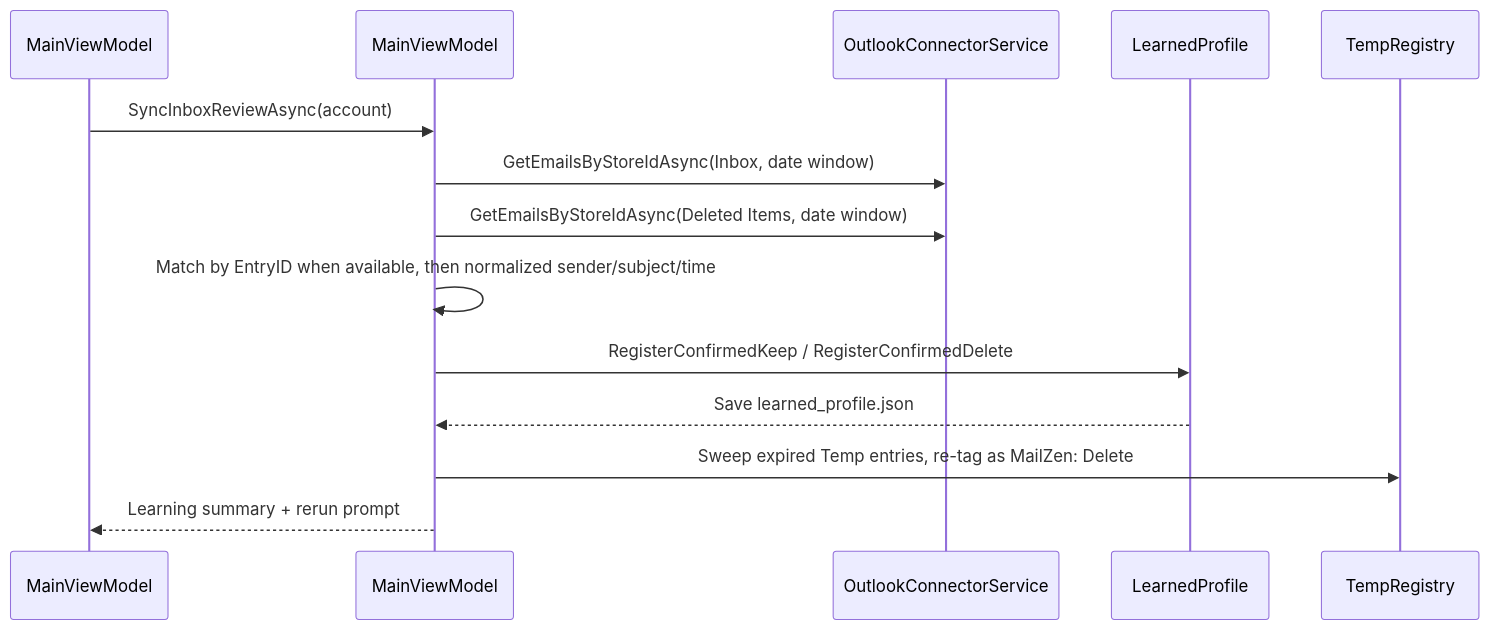
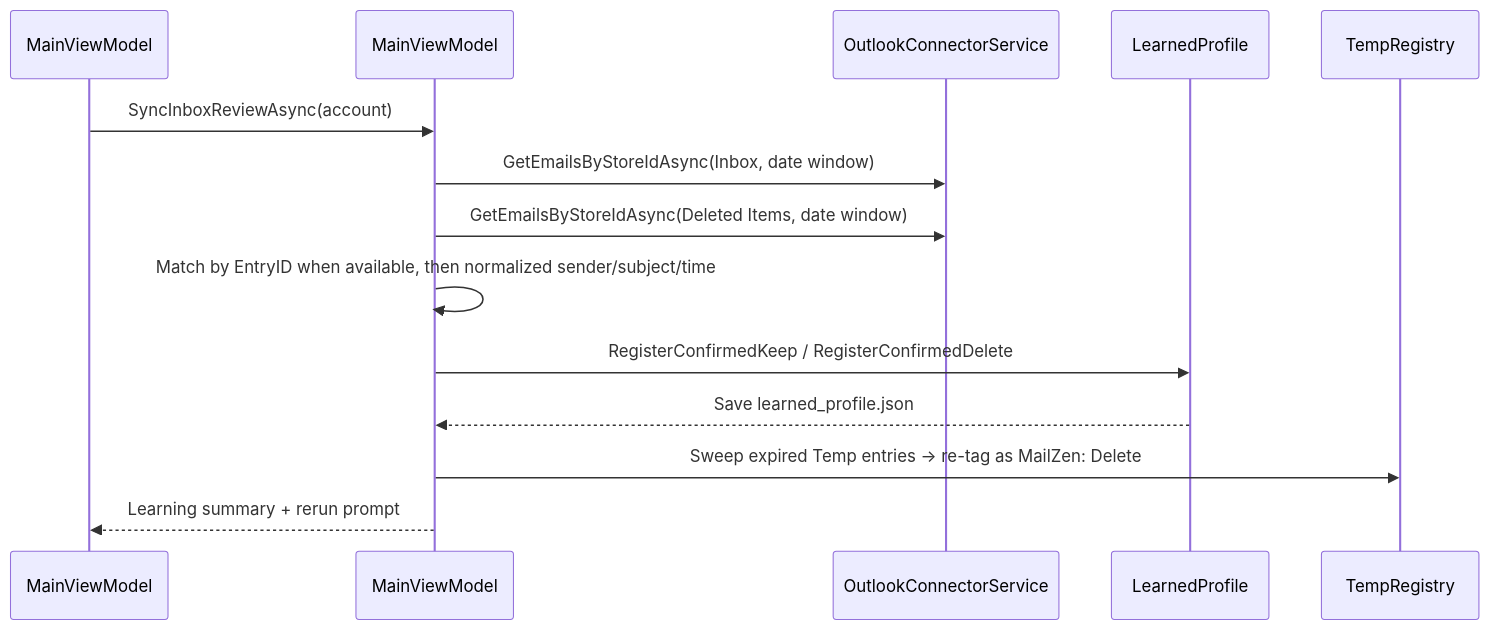
One commit to kbdarius/MailZen changed the fifth of 6 diagrams in Docs/MailZen_Architecture_and_User_Manual.md. Above: the diagram before and after it, drawn with Mermaid. The commit also changed other lines of this file and 45 other files, not shown here.

Commit message:
Release MailZen 2.0.8 application and installer

````diff
--- a/Docs/MailZen_Architecture_and_User_Manual.md
+++ b/Docs/MailZen_Architecture_and_User_Manual.md
@@ -190,16 +213,16 @@
 ```mermaid
 sequenceDiagram
     participant UI as MainViewModel
     participant VM as MainViewModel
     participant OCS as OutlookConnectorService
     participant LP as LearnedProfile
 
     UI->>VM: SyncInboxReviewAsync(account)
     VM->>OCS: GetEmailsByStoreIdAsync(Inbox, date window)
     VM->>OCS: GetEmailsByStoreIdAsync(Deleted Items, date window)
     VM->>VM: Match by EntryID when available, then normalized sender/subject/time
     VM->>LP: RegisterConfirmedKeep / RegisterConfirmedDelete
     LP-->>VM: Save learned_profile.json
-    VM->>TempRegistry: Sweep expired Temp entries, re-tag as MailZen: Delete
+    VM->>TempRegistry: Sweep expired Temp entries → re-tag as MailZen: Delete
     VM-->>UI: Learning summary + rerun prompt
 ```
````
